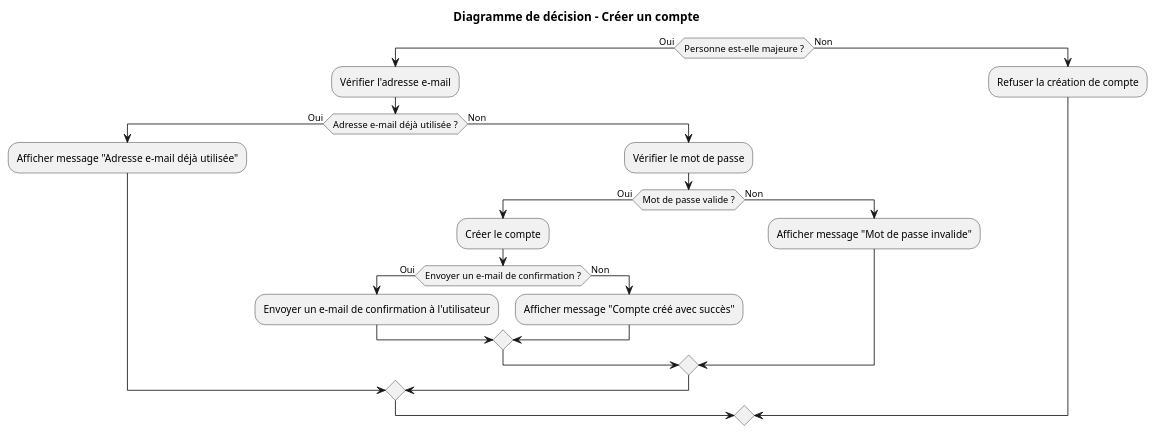
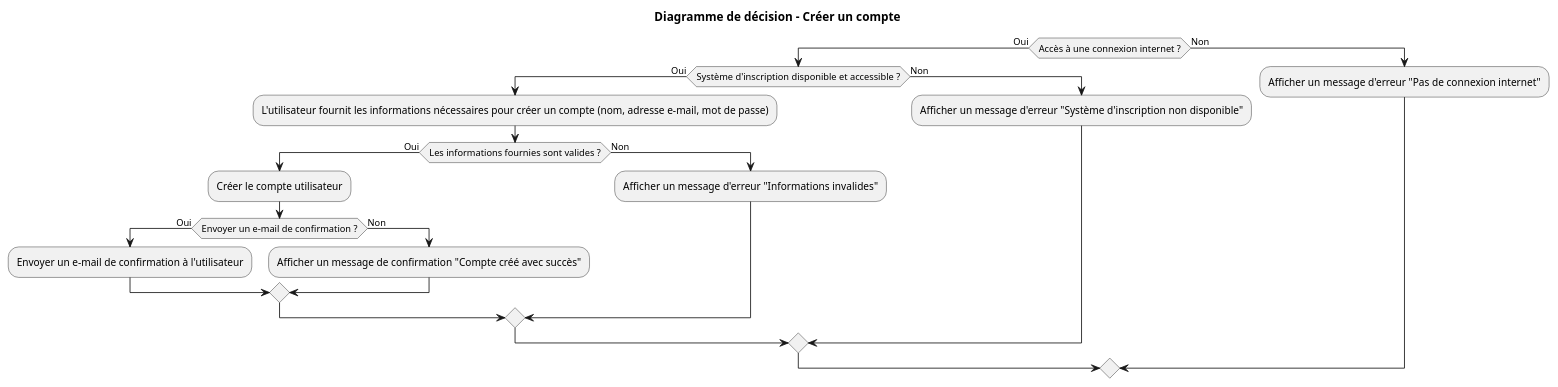
One commit to jerbi2026/Auto_ecole changed the diagram in Rendu 1/Diagramme de decision/creer_compte.pu. Above: the diagram before and after it, drawn with PlantUML. The commit also changed 12 other files, not shown here.

```diff
--- a/Rendu 1/Diagramme de decision/creer_compte.pu
+++ b/Rendu 1/Diagramme de decision/creer_compte.pu
@@ -1,24 +1,23 @@
 @startuml
 title Diagramme de décision - Créer un compte
 
-if (Personne est-elle majeure ?) then (Oui)
-    :Vérifier l'adresse e-mail;
-    if (Adresse e-mail déjà utilisée ?) then (Oui)
-        :Afficher message "Adresse e-mail déjà utilisée";
-    else (Non)
-        :Vérifier le mot de passe;
-        if (Mot de passe valide ?) then (Oui)
-            :Créer le compte;
+if (Accès à une connexion internet ?) then (Oui)
+    if (Système d'inscription disponible et accessible ?) then (Oui)
+        :L'utilisateur fournit les informations nécessaires pour créer un compte (nom, adresse e-mail, mot de passe);
+        if (Les informations fournies sont valides ?) then (Oui)
+            :Créer le compte utilisateur;
             if (Envoyer un e-mail de confirmation ?) then (Oui)
                 :Envoyer un e-mail de confirmation à l'utilisateur;
             else (Non)
-                :Afficher message "Compte créé avec succès";
+                :Afficher un message de confirmation "Compte créé avec succès";
             endif
         else (Non)
-            :Afficher message "Mot de passe invalide";
+            :Afficher un message d'erreur "Informations invalides";
         endif
+    else (Non)
+        :Afficher un message d'erreur "Système d'inscription non disponible";
     endif
 else (Non)
-    :Refuser la création de compte;
+    :Afficher un message d'erreur "Pas de connexion internet";
 endif
 @enduml
```
